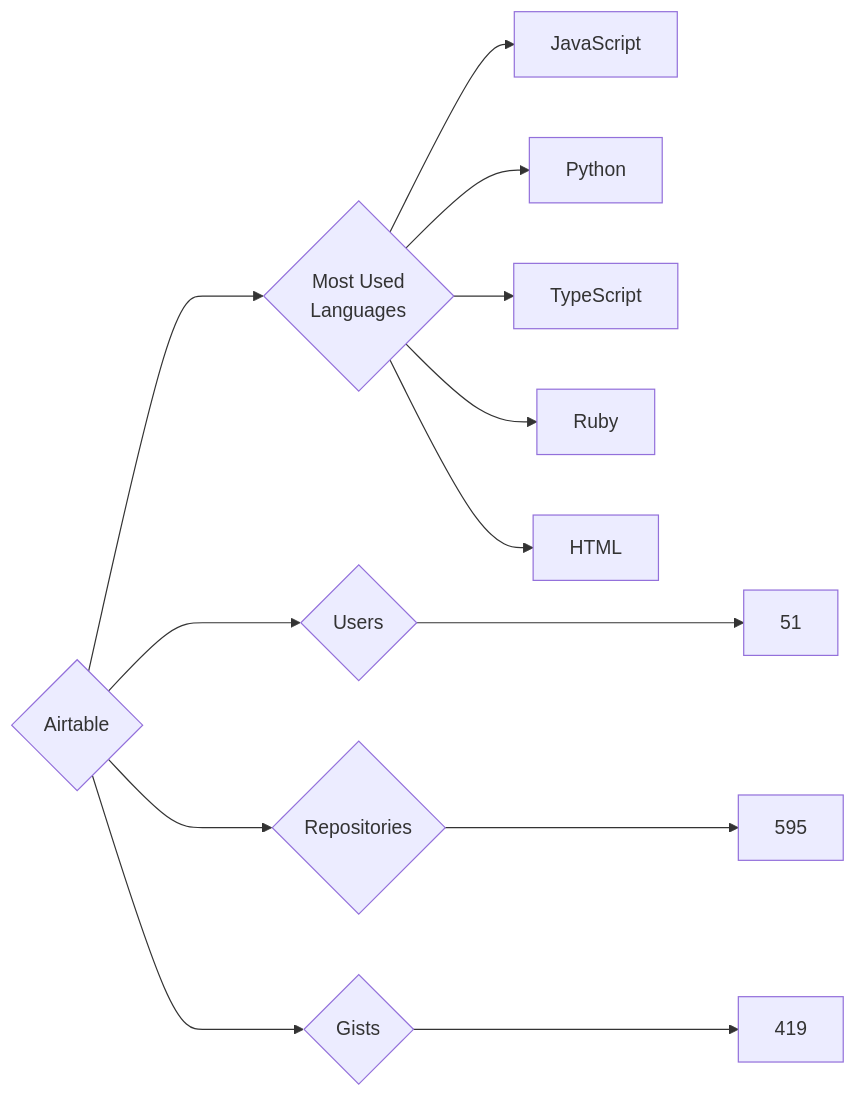
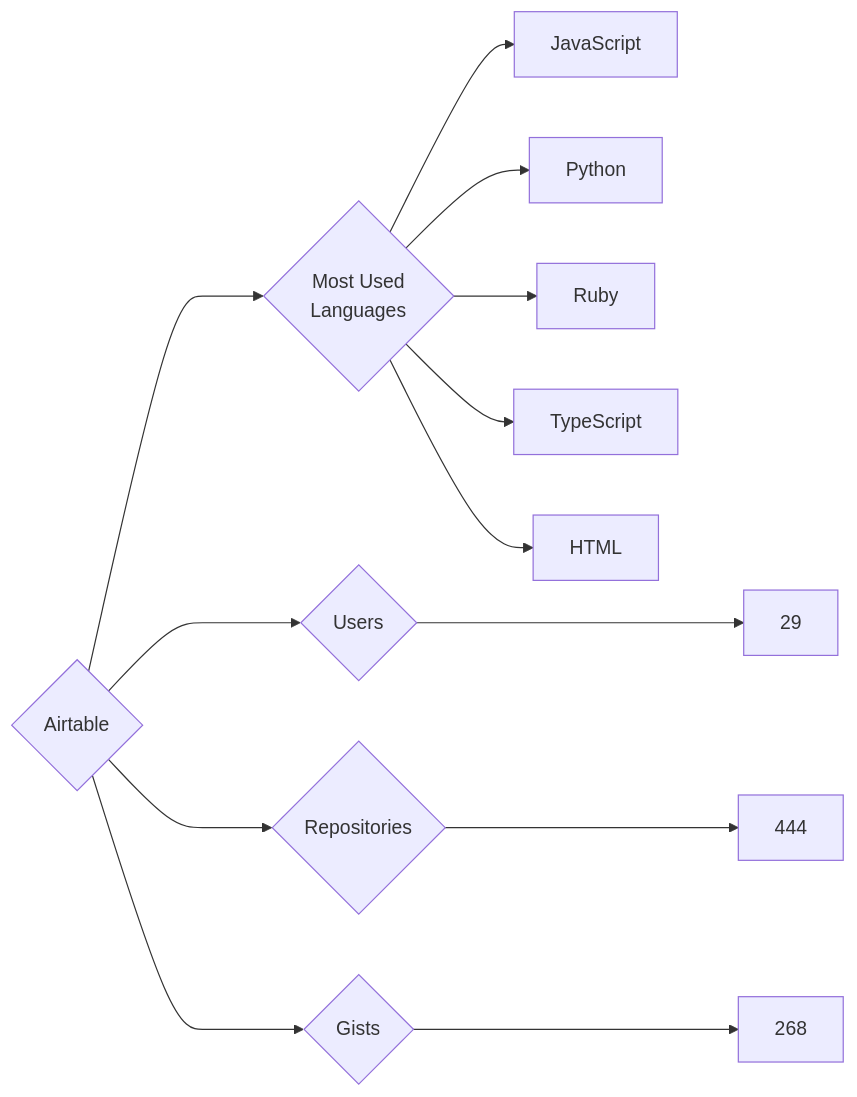
One commit to trickest/insiders changed the diagram in targets/Airtable/README.md. Above: the diagram before and after it, drawn with Mermaid. The commit also changed 440 other files, not shown here.

````diff
--- a/targets/Airtable/README.md
+++ b/targets/Airtable/README.md
@@ -3,13 +3,13 @@
 ```mermaid
 graph LR
 COMPANY_NAME{Airtable}
-COMPANY_NAME ---> U{Users} ---> UN[51]
-COMPANY_NAME ---> R{Repositories} ---> RN[595]
-COMPANY_NAME ---> G{Gists} ---> GN[419]
+COMPANY_NAME ---> U{Users} ---> UN[29]
+COMPANY_NAME ---> R{Repositories} ---> RN[444]
+COMPANY_NAME ---> G{Gists} ---> GN[268]
 COMPANY_NAME ---> ML{Most Used<br>Languages}
 ML --> JavaScript[JavaScript]
 ML --> Python[Python]
+ML --> Ruby[Ruby]
 ML --> TypeScript[TypeScript]
-ML --> Ruby[Ruby]
 ML --> HTML[HTML]
 ```
````
